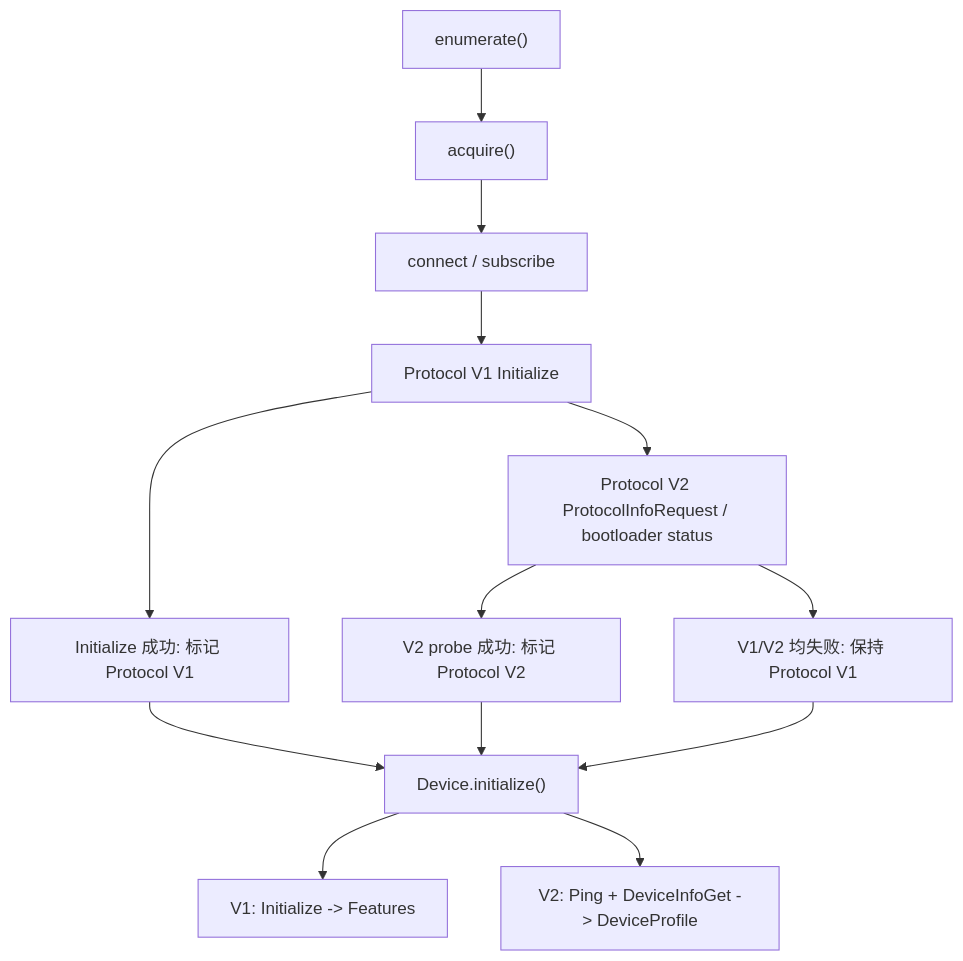
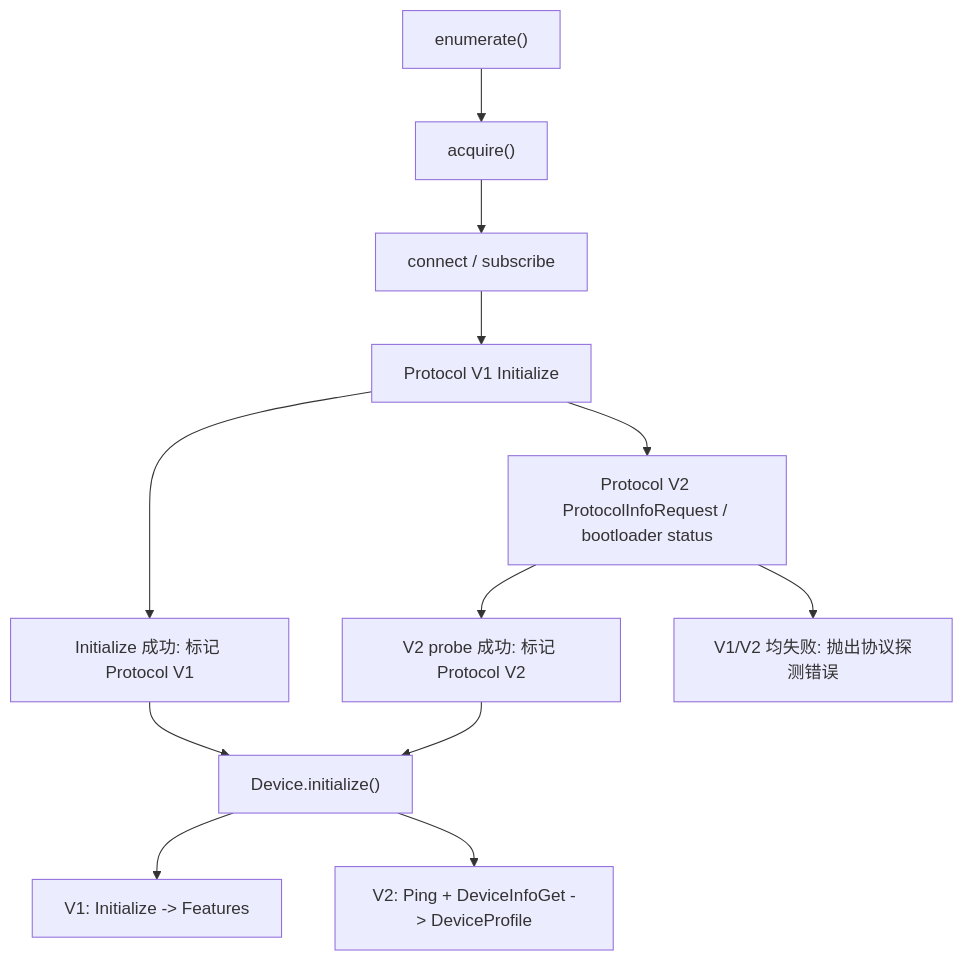
Before and after one commit to OneKeyHQ/hardware-js-sdk: the second of 3 diagrams in docs/architecture/overview.md, drawn with Mermaid. The commit also changed other lines of this file and 4 other files, not shown here.

````diff
--- a/docs/architecture/overview.md
+++ b/docs/architecture/overview.md
@@ -74,22 +74,22 @@
 ```mermaid
 flowchart TD
   Enumerate["enumerate()"]
   Acquire["acquire()"]
   Connect["connect / subscribe"]
   ProbeV1["Protocol V1 Initialize"]
   V1["Initialize 成功: 标记 Protocol V1"]
   ProbeV2["Protocol V2 ProtocolInfoRequest / bootloader status"]
   V2["V2 probe 成功: 标记 Protocol V2"]
-  FallbackV1["V1/V2 均失败: 保持 Protocol V1"]
+  DetectionError["V1/V2 均失败: 抛出协议探测错误"]
   Init["Device.initialize()"]
   InitV1["V1: Initialize -> Features"]
   InitV2["V2: Ping + DeviceInfoGet -> DeviceProfile"]
 
   Enumerate --> Acquire --> Connect --> ProbeV1
   ProbeV1 --> V1 --> Init
   ProbeV1 --> ProbeV2
   ProbeV2 --> V2 --> Init
-  ProbeV2 --> FallbackV1 --> Init
+  ProbeV2 --> DetectionError
   Init --> InitV1
   Init --> InitV2
 ```
````
